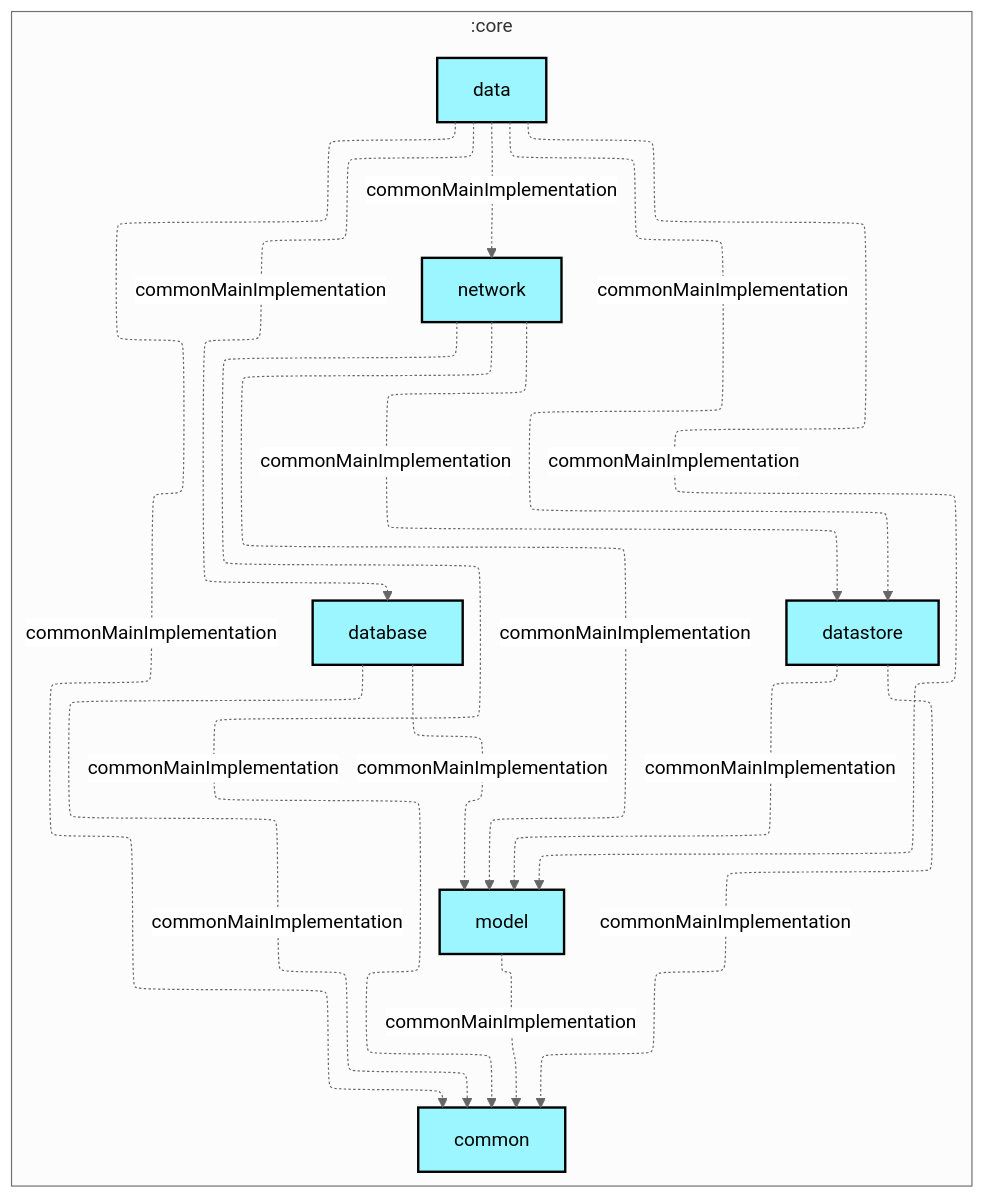
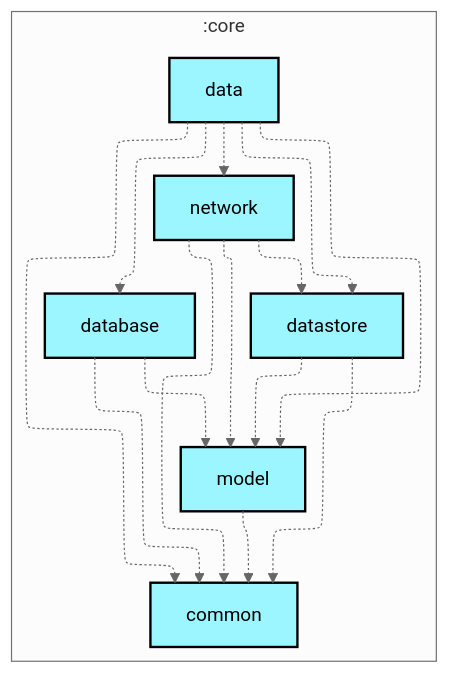
The first of 2 diagrams in core/data/README.md (woods-marshes/chat-multiplatform), drawn with Mermaid (neutral theme) before and after one commit. The commit also changed 11 other files, not shown here.

````diff
--- a/core/data/README.md
+++ b/core/data/README.md
@@ -6,37 +6,37 @@
 ```mermaid
 ---
 config:
   layout: elk
   elk:
     nodePlacementStrategy: SIMPLE
 ---
 graph TB
   subgraph :core
     direction TB
     :core:common[common]:::kotlin-multiplatform
     :core:data[data]:::kotlin-multiplatform
     :core:database[database]:::kotlin-multiplatform
     :core:datastore[datastore]:::kotlin-multiplatform
     :core:model[model]:::kotlin-multiplatform
     :core:network[network]:::kotlin-multiplatform
   end
 
-  :core:data -.->|commonMainImplementation| :core:common
-  :core:data -.->|commonMainImplementation| :core:database
-  :core:data -.->|commonMainImplementation| :core:datastore
-  :core:data -.->|commonMainImplementation| :core:model
-  :core:data -.->|commonMainImplementation| :core:network
-  :core:database -.->|commonMainImplementation| :core:common
-  :core:database -.->|commonMainImplementation| :core:model
-  :core:datastore -.->|commonMainImplementation| :core:common
-  :core:datastore -.->|commonMainImplementation| :core:model
-  :core:model -.->|commonMainImplementation| :core:common
-  :core:network -.->|commonMainImplementation| :core:common
-  :core:network -.->|commonMainImplementation| :core:datastore
-  :core:network -.->|commonMainImplementation| :core:model
+  :core:data -.-> :core:common
+  :core:data -.-> :core:database
+  :core:data -.-> :core:datastore
+  :core:data -.-> :core:model
+  :core:data -.-> :core:network
+  :core:database -.-> :core:common
+  :core:database -.-> :core:model
+  :core:datastore -.-> :core:common
+  :core:datastore -.-> :core:model
+  :core:model -.-> :core:common
+  :core:network -.-> :core:common
+  :core:network -.-> :core:datastore
+  :core:network -.-> :core:model
 
 classDef android-application fill:#CAFFBF,stroke:#000,stroke-width:2px,color:#000;
 classDef compose-multiplatform fill:#FFD6A5,stroke:#000,stroke-width:2px,color:#000;
 classDef kotlin-multiplatform fill:#9BF6FF,stroke:#000,stroke-width:2px,color:#000;
 classDef unknown fill:#FFADAD,stroke:#000,stroke-width:2px,color:#000;
 ```
````
